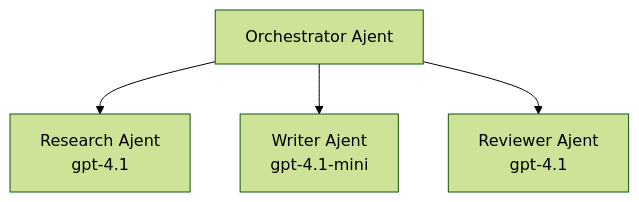
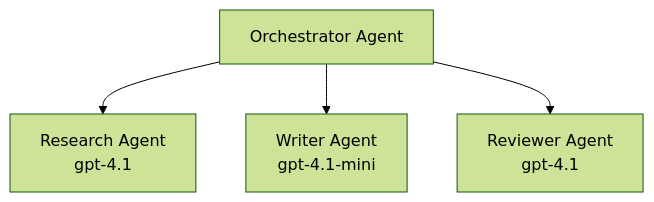
Before and after one commit to microsoft/AZD-for-beginners: the third of 3 diagrams in translations/pcm/docs/chapter-02-ai-development/agents.md, drawn with Mermaid (forest theme). The commit also changed other lines of this file and 61 other files, not shown here.

````diff
--- a/translations/pcm/docs/chapter-02-ai-development/agents.md
+++ b/translations/pcm/docs/chapter-02-ai-development/agents.md
@@ -201,6 +201,6 @@
 ```mermaid
 graph TD
-    Orchestrator[Orchestrator Ajent] --> Research[Research Ajent<br/>gpt-4.1]
-    Orchestrator --> Writer[Writer Ajent<br/>gpt-4.1-mini]
-    Orchestrator --> Reviewer[Reviewer Ajent<br/>gpt-4.1]
+    Orchestrator[Orchestrator Agent] --> Research[Research Agent<br/>gpt-4.1]
+    Orchestrator --> Writer[Writer Agent<br/>gpt-4.1-mini]
+    Orchestrator --> Reviewer[Reviewer Agent<br/>gpt-4.1]
 ```
````
